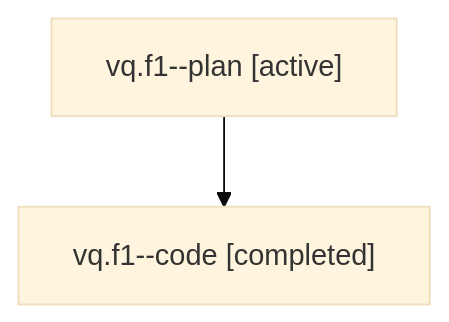
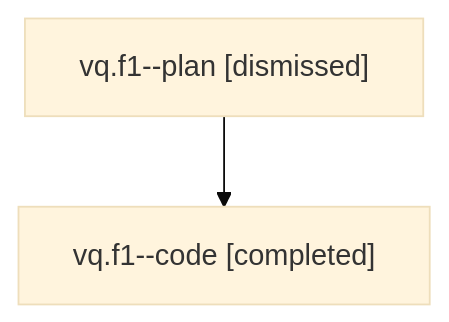
One commit to sase-org/sase--agents changed the diagram in sessions/bbugyi200.athena.vq.f1.md. Above: the diagram before and after it, drawn with Mermaid (base theme). The commit also changed other lines of this file and 38 other files, not shown here.

````diff
--- a/sessions/bbugyi200.athena.vq.f1.md
+++ b/sessions/bbugyi200.athena.vq.f1.md
@@ -9,6 +9,6 @@
 ```mermaid
 flowchart TD
-  n0["vq.f1--plan [active]"]
+  n0["vq.f1--plan [dismissed]"]
   n1["vq.f1--code [completed]"]
   n0 --> n1
 ```
````
